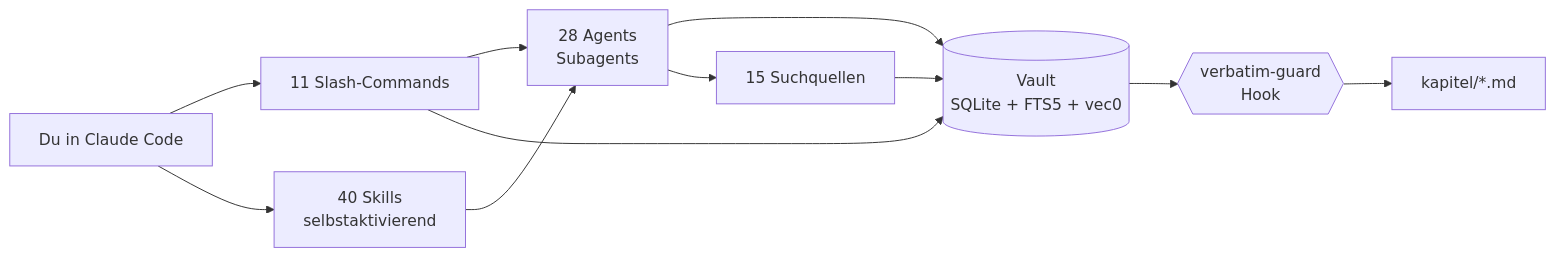
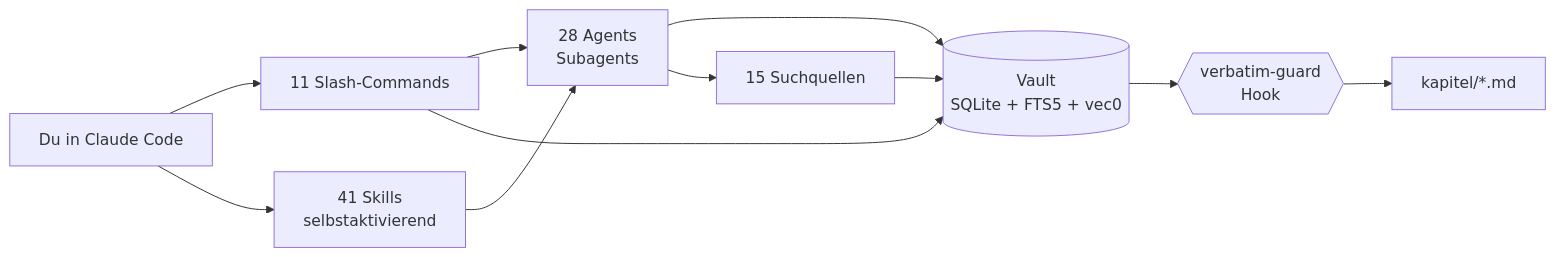
The diagram in README.md (ahlerjam/academic-research), drawn with Mermaid before and after one commit. The commit also changed other lines of this file and 27 other files, not shown here.

````diff
--- a/README.md
+++ b/README.md
@@ -78,13 +78,13 @@
 ```mermaid
 graph LR
     U[Du in Claude Code] --> C[11 Slash-Commands]
-    U --> S[40 Skills<br/>selbstaktivierend]
+    U --> S[41 Skills<br/>selbstaktivierend]
     C --> A[28 Agents<br/>Subagents]
     S --> A
     A --> V[(Vault<br/>SQLite + FTS5 + vec0)]
     C --> V
     A --> Q[15 Suchquellen]
     Q --> V
     V --> H{{verbatim-guard<br/>Hook}}
     H --> K[kapitel/*.md]
 ```
````
